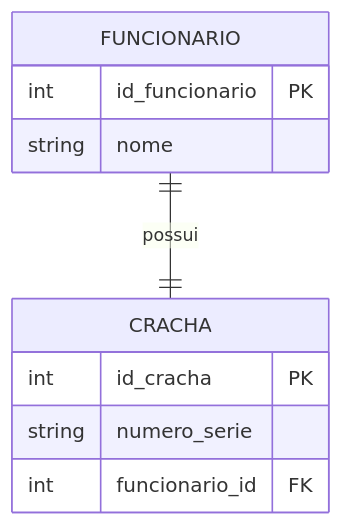
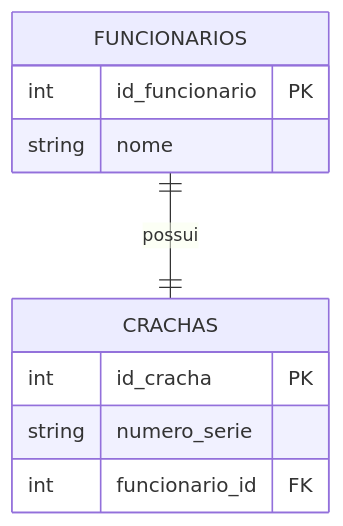
One commit to GTI-Fatec-Jahu/BDA-GTI-2026-2 changed the second of 13 diagrams in docs/aulas/Aula_03_Relacionamentos_Cardinalidade.md. Above: the diagram before and after it, drawn with Mermaid. The commit also changed other lines of this file and 5 other files, not shown here.

````diff
--- a/docs/aulas/Aula_03_Relacionamentos_Cardinalidade.md
+++ b/docs/aulas/Aula_03_Relacionamentos_Cardinalidade.md
@@ -250,13 +250,13 @@
 ```mermaid
 erDiagram
-    FUNCIONARIO {
+    FUNCIONARIOS {
         int id_funcionario PK
         string nome
     }
-    CRACHA {
+    CRACHAS {
         int id_cracha PK
         string numero_serie
         int funcionario_id FK
     }
-    FUNCIONARIO ||--|| CRACHA : "possui"
+    FUNCIONARIOS ||--|| CRACHAS : "possui"
 ```
````
